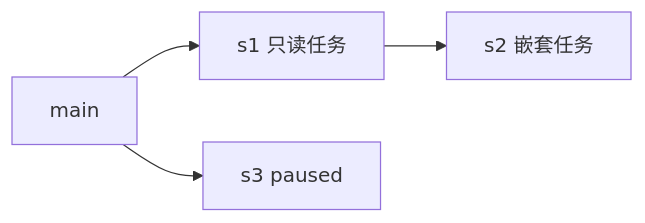
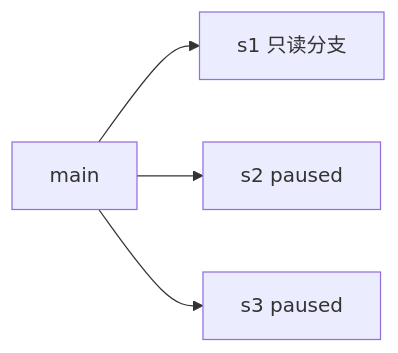
Before and after one commit to 573486592837/Breeze: the seventh of 11 diagrams in docs/ARCHITECTURE.md, drawn with Mermaid. The commit also changed other lines of this file and 10 other files, not shown here.

````diff
--- a/docs/ARCHITECTURE.md
+++ b/docs/ARCHITECTURE.md
@@ -331,6 +332,6 @@
 ```mermaid
 flowchart LR
-    M[main] --> S1[s1 只读任务]
-    S1 --> S2[s2 嵌套任务]
+    M[main] --> S1[s1 只读分支]
+    M --> S2[s2 paused]
     M --> S3[s3 paused]
 ```
````
